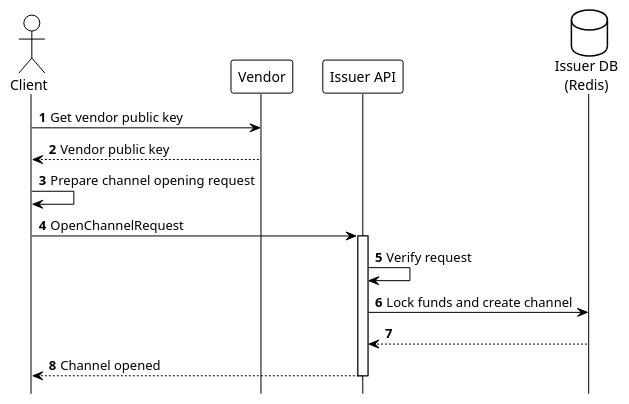
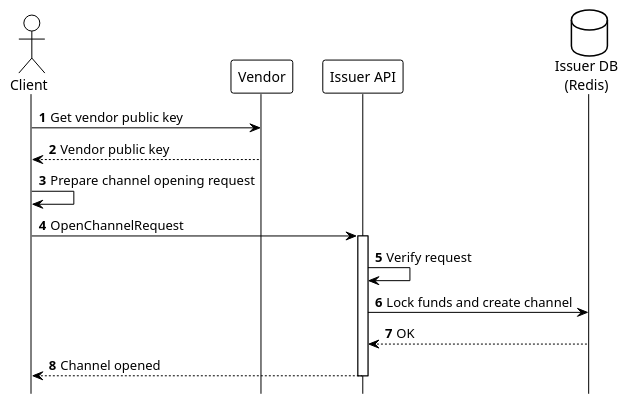
Before and after one commit to otaviootavio/nanomoni: the diagram in umls/phase1b-channel-opening.puml, drawn with PlantUML.

Commit message:
Update UML diagram for phase1b-channel-opening to clarify response from IssuerDB

```diff
--- a/umls/phase1b-channel-opening.puml
+++ b/umls/phase1b-channel-opening.puml
@@ -1,27 +1,27 @@
 @startuml Phase1b_Channel_Opening
 
 !theme plain
 autonumber
 
 hide footbox
 
 actor "Client" as Client
 participant "Vendor" as Vendor
 participant "Issuer API" as Issuer
 database "Issuer DB\n(Redis)" as IssuerDB
 
 Client -> Vendor: Get vendor public key
 Vendor --> Client: Vendor public key
 Client -> Client: Prepare channel opening request
 
 Client -> Issuer: OpenChannelRequest
 activate Issuer
 
 Issuer -> Issuer: Verify request
 Issuer -> IssuerDB: Lock funds and create channel
-IssuerDB --> Issuer: 
+IssuerDB --> Issuer: OK
 
 Issuer --> Client: Channel opened
 deactivate Issuer
 
 @enduml
```
